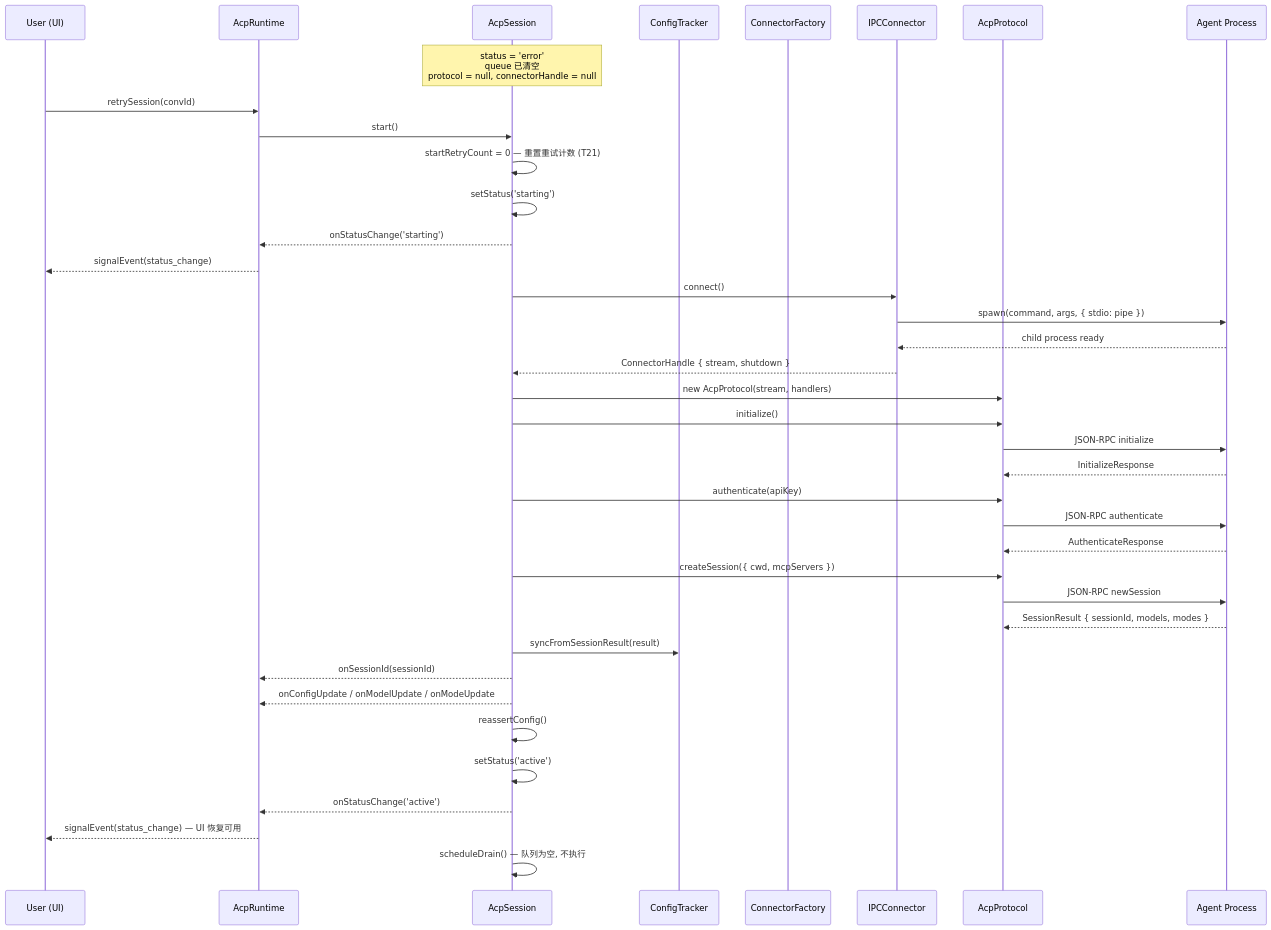
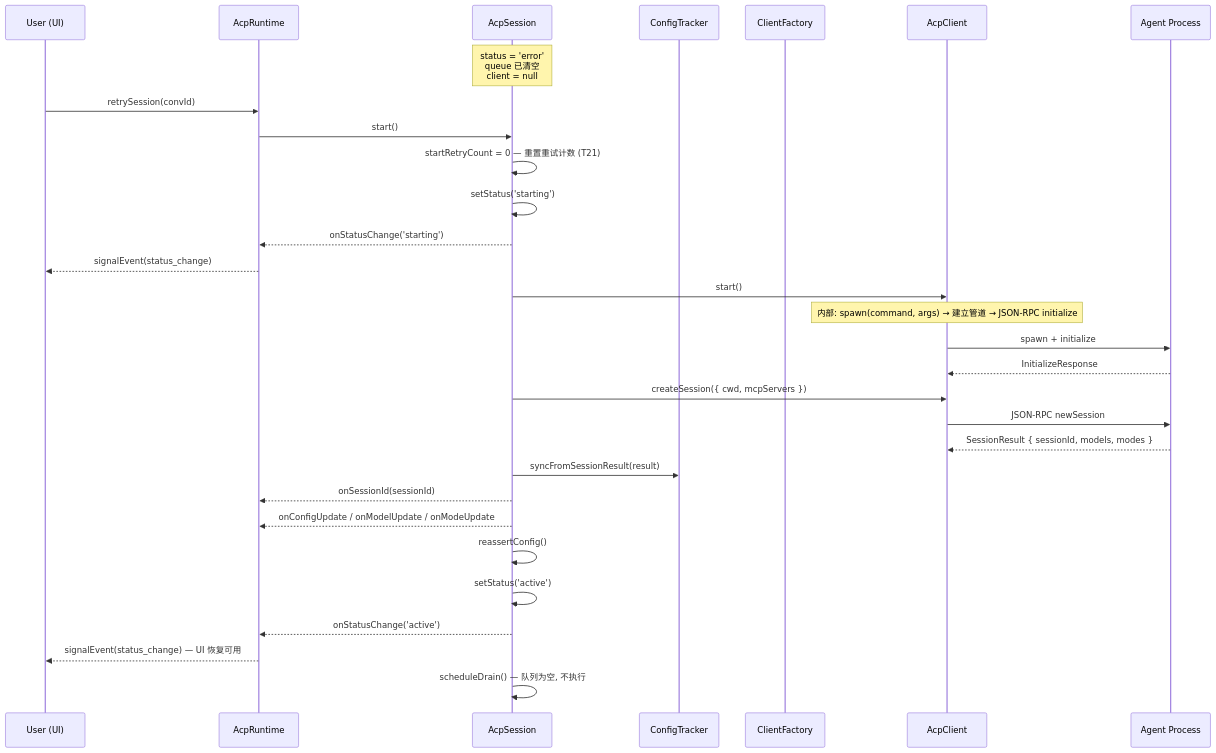
One commit to iOfficeAI/AionUi changed diagram 11 of 12 in docs/feature/acp-rewrite/06-scenario-walkthrough.md. Above: the diagram before and after it, drawn with Mermaid. The commit also changed other lines of this file and 22 other files, not shown here.

First line of the commit message:
refactor(acp): replace Connector+Protocol with AcpClient single-owner pattern

````diff
--- a/docs/feature/acp-rewrite/06-scenario-walkthrough.md
+++ b/docs/feature/acp-rewrite/06-scenario-walkthrough.md
@@ -957,47 +933,38 @@
 ```mermaid
 sequenceDiagram
     participant UI as User (UI)
     participant RT as AcpRuntime
     participant S as AcpSession
     participant CS as ConfigTracker
-    participant CF as ConnectorFactory
-    participant C as IPCConnector
-    participant P as AcpProtocol
+    participant CF as ClientFactory
+    participant CL as AcpClient
     participant A as Agent Process
 
-    Note over S: status = 'error'<br/>queue 已清空<br/>protocol = null, connectorHandle = null
+    Note over S: status = 'error'<br/>queue 已清空<br/>client = null
 
     UI->>RT: retrySession(convId)
     RT->>S: start()
     S->>S: startRetryCount = 0 — 重置重试计数 (T21)
     S->>S: setStatus('starting')
     S-->>RT: onStatusChange('starting')
     RT-->>UI: signalEvent(status_change)
 
-    S->>C: connect()
-    C->>A: spawn(command, args, { stdio: pipe })
-    A-->>C: child process ready
-    C-->>S: ConnectorHandle { stream, shutdown }
+    S->>CL: start()
+    Note over CL: 内部: spawn(command, args) → 建立管道 → JSON-RPC initialize
+    CL->>A: spawn + initialize
+    A-->>CL: InitializeResponse
 
-    S->>P: new AcpProtocol(stream, handlers)
-    S->>P: initialize()
-    P->>A: JSON-RPC initialize
-    A-->>P: InitializeResponse
-    S->>P: authenticate(apiKey)
-    P->>A: JSON-RPC authenticate
-    A-->>P: AuthenticateResponse
-
-    S->>P: createSession({ cwd, mcpServers })
-    P->>A: JSON-RPC newSession
-    A-->>P: SessionResult { sessionId, models, modes }
+    S->>CL: createSession({ cwd, mcpServers })
+    CL->>A: JSON-RPC newSession
+    A-->>CL: SessionResult { sessionId, models, modes }
 
     S->>CS: syncFromSessionResult(result)
     S-->>RT: onSessionId(sessionId)
     S-->>RT: onConfigUpdate / onModelUpdate / onModeUpdate
     S->>S: reassertConfig()
     S->>S: setStatus('active')
     S-->>RT: onStatusChange('active')
     RT-->>UI: signalEvent(status_change) — UI 恢复可用
 
     S->>S: scheduleDrain() — 队列为空, 不执行
 ```
````
